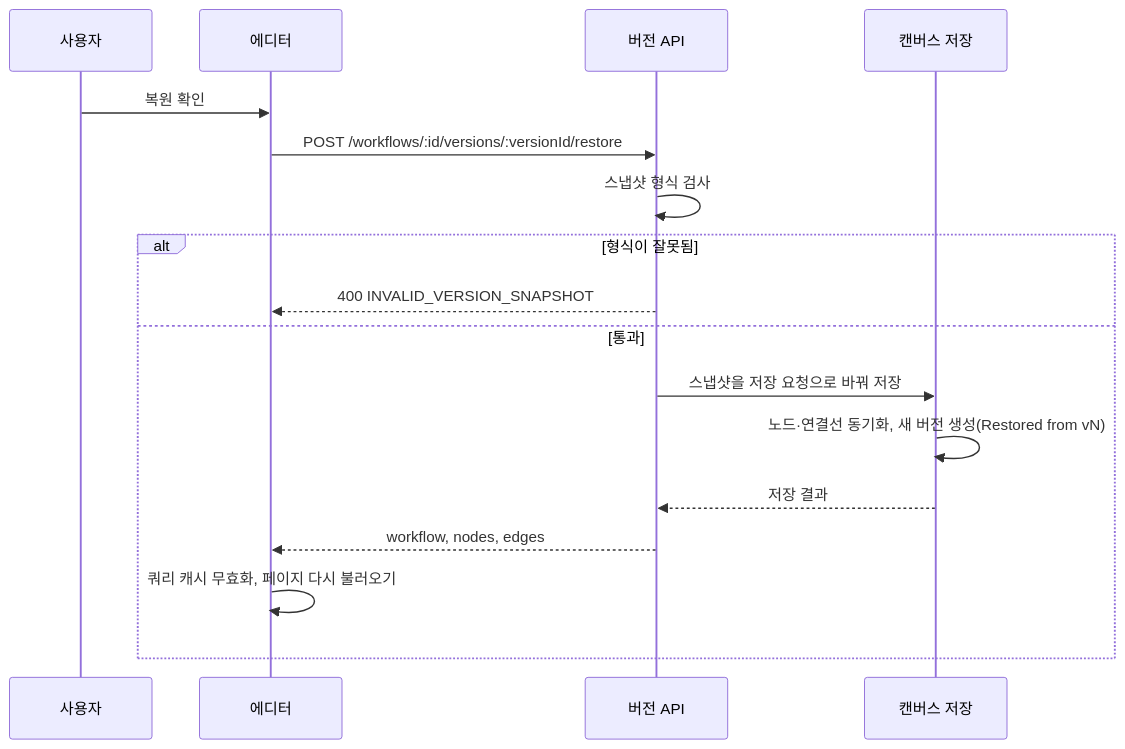
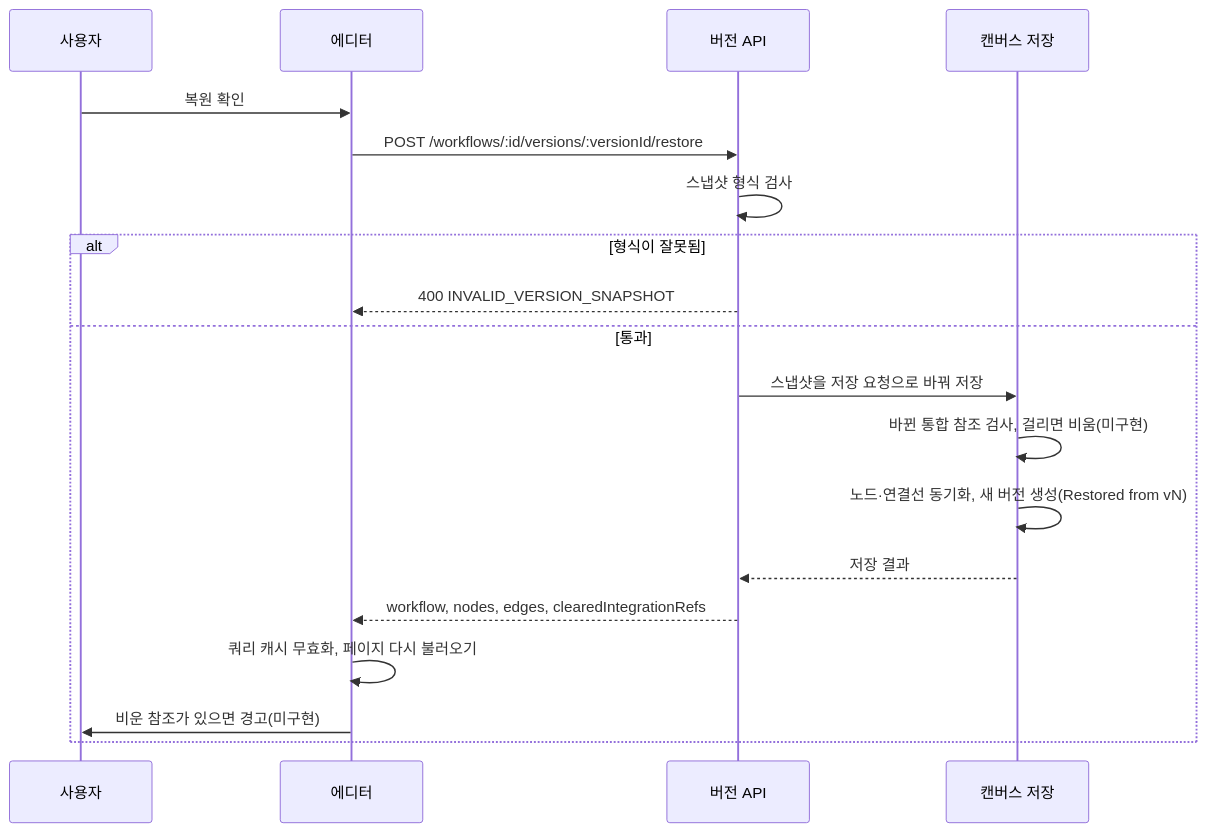
The diagram in spec/CLE-WF/CLE-WF-VERSION.md (worker-ants/clemvion), drawn with Mermaid before and after one commit. The commit also changed other lines of this file and 11 other files, not shown here.

````diff
--- a/spec/CLE-WF/CLE-WF-VERSION.md
+++ b/spec/CLE-WF/CLE-WF-VERSION.md
@@ -111,19 +115,21 @@
 ```mermaid
 sequenceDiagram
   participant U as 사용자
   participant FE as 에디터
   participant API as 버전 API
   participant SC as 캔버스 저장
   U->>FE: 복원 확인
   FE->>API: POST /workflows/:id/versions/:versionId/restore
   API->>API: 스냅샷 형식 검사
   alt 형식이 잘못됨
     API-->>FE: 400 INVALID_VERSION_SNAPSHOT
   else 통과
     API->>SC: 스냅샷을 저장 요청으로 바꿔 저장
+    SC->>SC: 바뀐 통합 참조 검사, 걸리면 비움(미구현)
     SC->>SC: 노드·연결선 동기화, 새 버전 생성(Restored from vN)
     SC-->>API: 저장 결과
-    API-->>FE: workflow, nodes, edges
+    API-->>FE: workflow, nodes, edges, clearedIntegrationRefs
     FE->>FE: 쿼리 캐시 무효화, 페이지 다시 불러오기
+    FE->>U: 비운 참조가 있으면 경고(미구현)
   end
 ```
````
